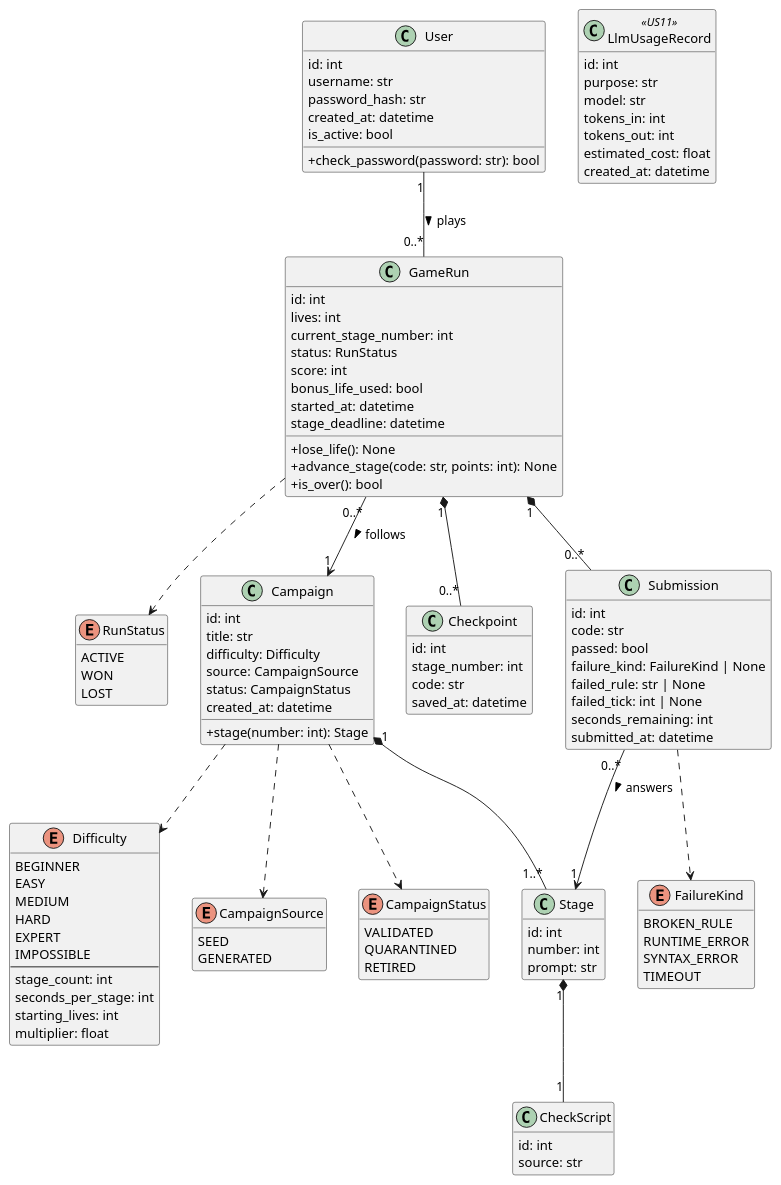
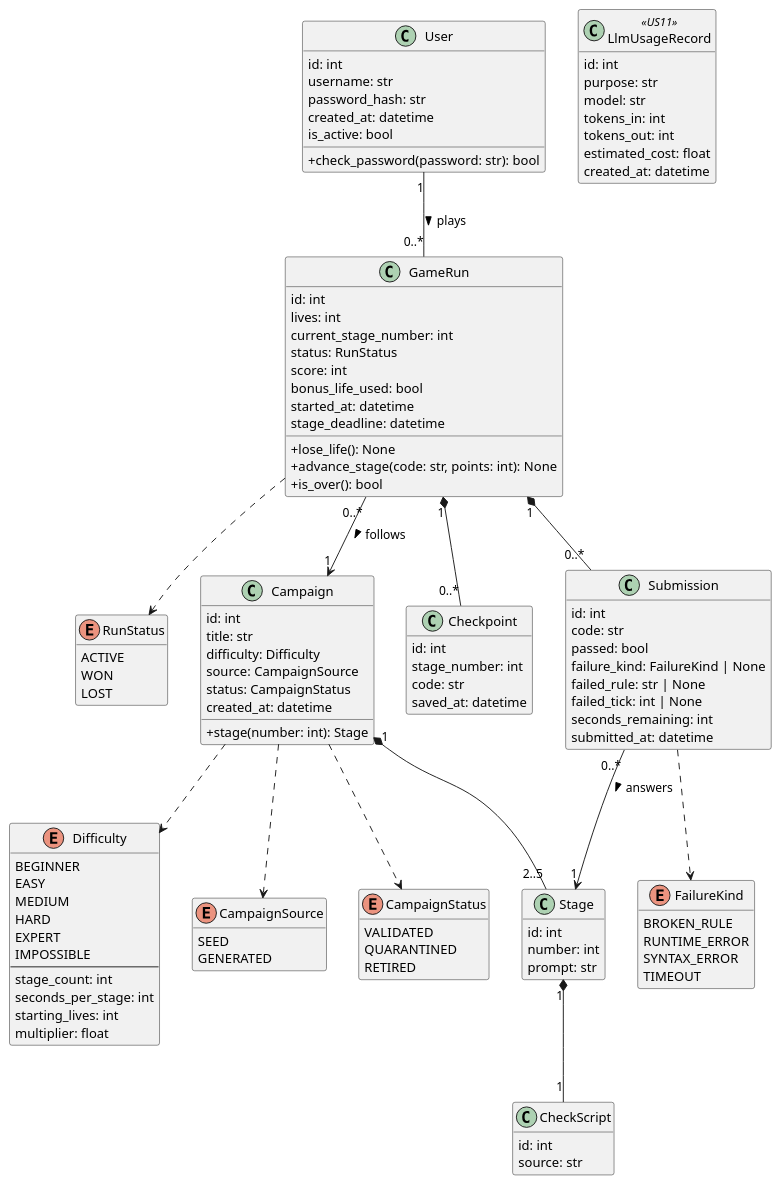
One commit to msu-denver/rokos-tasks changed the diagram in uml/class.wsd. Above: the diagram before and after it, drawn with PlantUML. The commit also changed 11 other files, not shown here.

First line of the commit message:
docs: fix self-review findings on grading, runner, tests, and UML (#25)

```diff
--- a/uml/class.wsd
+++ b/uml/class.wsd
@@ -1,134 +1,134 @@
 @startuml class
 ' File: class.wsd
 ' Description: Class diagram of the model (domain) classes for Roko's Tasks.
 '     Routes, services, repositories, and framework classes are excluded.
 ' Author(s): <team member names>
 
 hide empty members
 skinparam classAttributeIconSize 0
 
 enum Difficulty {
     BEGINNER
     EASY
     MEDIUM
     HARD
     EXPERT
     IMPOSSIBLE
     --
     stage_count: int
     seconds_per_stage: int
     starting_lives: int
     multiplier: float
 }
 
 enum CampaignSource {
     SEED
     GENERATED
 }
 
 enum CampaignStatus {
     VALIDATED
     QUARANTINED
     RETIRED
 }
 
 enum RunStatus {
     ACTIVE
     WON
     LOST
 }
 
 enum FailureKind {
     BROKEN_RULE
     RUNTIME_ERROR
     SYNTAX_ERROR
     TIMEOUT
 }
 
 class User {
     id: int
     username: str
     password_hash: str
     created_at: datetime
     is_active: bool
     +check_password(password: str): bool
 }
 
 class Campaign {
     id: int
     title: str
     difficulty: Difficulty
     source: CampaignSource
     status: CampaignStatus
     created_at: datetime
     +stage(number: int): Stage
 }
 
 class Stage {
     id: int
     number: int
     prompt: str
 }
 
 class CheckScript {
     id: int
     source: str
 }
 
 class GameRun {
     id: int
     lives: int
     current_stage_number: int
     status: RunStatus
     score: int
     bonus_life_used: bool
     started_at: datetime
     stage_deadline: datetime
     +lose_life(): None
     +advance_stage(code: str, points: int): None
     +is_over(): bool
 }
 
 class Checkpoint {
     id: int
     stage_number: int
     code: str
     saved_at: datetime
 }
 
 class Submission {
     id: int
     code: str
     passed: bool
     failure_kind: FailureKind | None
     failed_rule: str | None
     failed_tick: int | None
     seconds_remaining: int
     submitted_at: datetime
 }
 
 class LlmUsageRecord <<US11>> {
     id: int
     purpose: str
     model: str
     tokens_in: int
     tokens_out: int
     estimated_cost: float
     created_at: datetime
 }
 
 User "1" -- "0..*" GameRun : plays >
 GameRun "0..*" --> "1" Campaign : follows >
-Campaign "1" *-- "1..*" Stage
+Campaign "1" *-- "2..5" Stage
 Stage "1" *-- "1" CheckScript
 GameRun "1" *-- "0..*" Checkpoint
 GameRun "1" *-- "0..*" Submission
 Submission "0..*" --> "1" Stage : answers >
 
 Campaign ..> Difficulty
 Campaign ..> CampaignSource
 Campaign ..> CampaignStatus
 GameRun ..> RunStatus
 Submission ..> FailureKind
 
 @enduml
```
